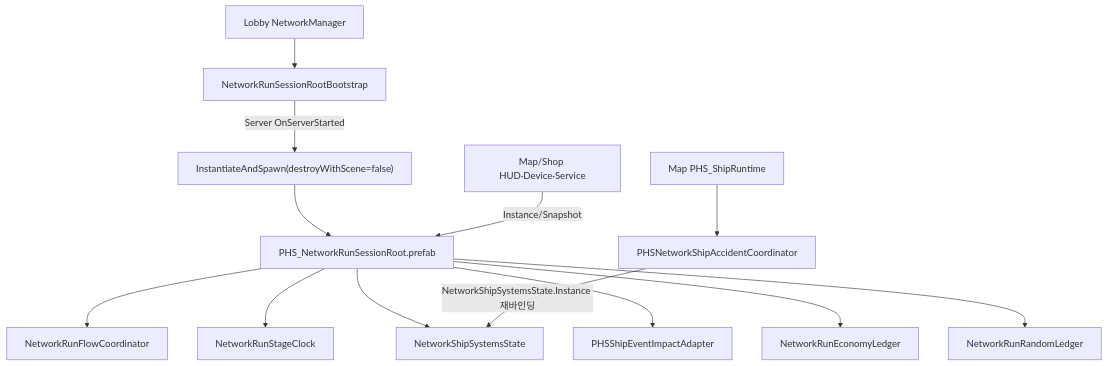
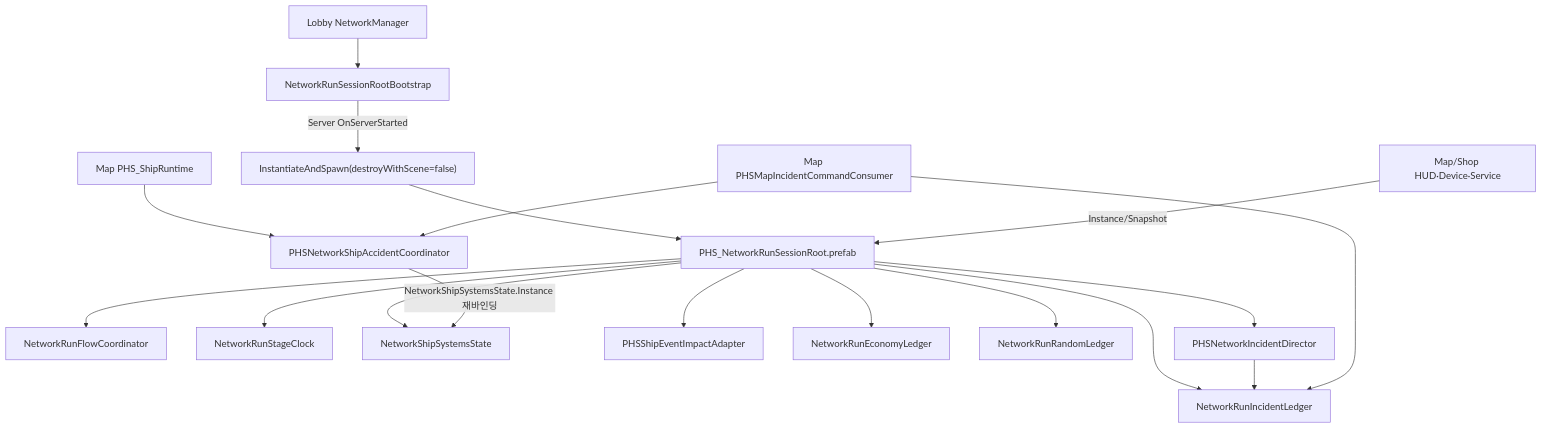
One commit to bokings34-ui/LastJumpCrew_Copy changed the diagram in Docs/PHS_RUN_SESSION_ROOT_IMPLEMENTATION_0718.md. Above: the diagram before and after it, drawn with Mermaid. The commit also changed other lines of this file and 40 other files, not shown here.

Commit message:
feat: add unified incident command ledger

````diff
--- a/Docs/PHS_RUN_SESSION_ROOT_IMPLEMENTATION_0718.md
+++ b/Docs/PHS_RUN_SESSION_ROOT_IMPLEMENTATION_0718.md
@@ -21,15 +21,20 @@
 ```mermaid
 flowchart TB
     A["Lobby NetworkManager"] --> B["NetworkRunSessionRootBootstrap"]
     B -->|"Server OnServerStarted"| C["InstantiateAndSpawn(destroyWithScene=false)"]
     C --> D["PHS_NetworkRunSessionRoot.prefab"]
     D --> E["NetworkRunFlowCoordinator"]
     D --> F["NetworkRunStageClock"]
     D --> G["NetworkShipSystemsState"]
     D --> H["PHSShipEventImpactAdapter"]
     D --> L["NetworkRunEconomyLedger"]
     D --> M["NetworkRunRandomLedger"]
+    D --> N["NetworkRunIncidentLedger"]
+    D --> O["PHSNetworkIncidentDirector"]
+    O --> N
     I["Map PHS_ShipRuntime"] --> J["PHSNetworkShipAccidentCoordinator"]
+    P["Map PHSMapIncidentCommandConsumer"] --> N
+    P --> J
     J -->|"NetworkShipSystemsState.Instance 재바인딩"| G
     K["Map/Shop HUD·Device·Service"] -->|"Instance/Snapshot"| D
 ```
````
